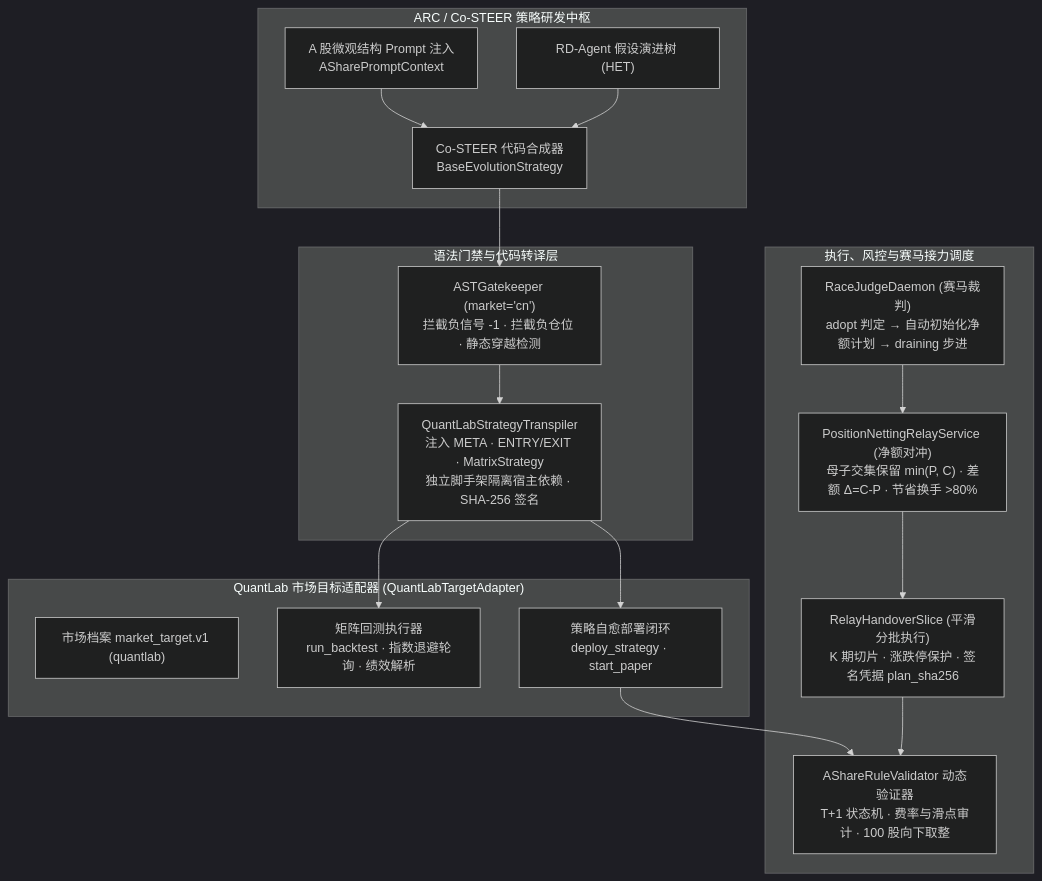
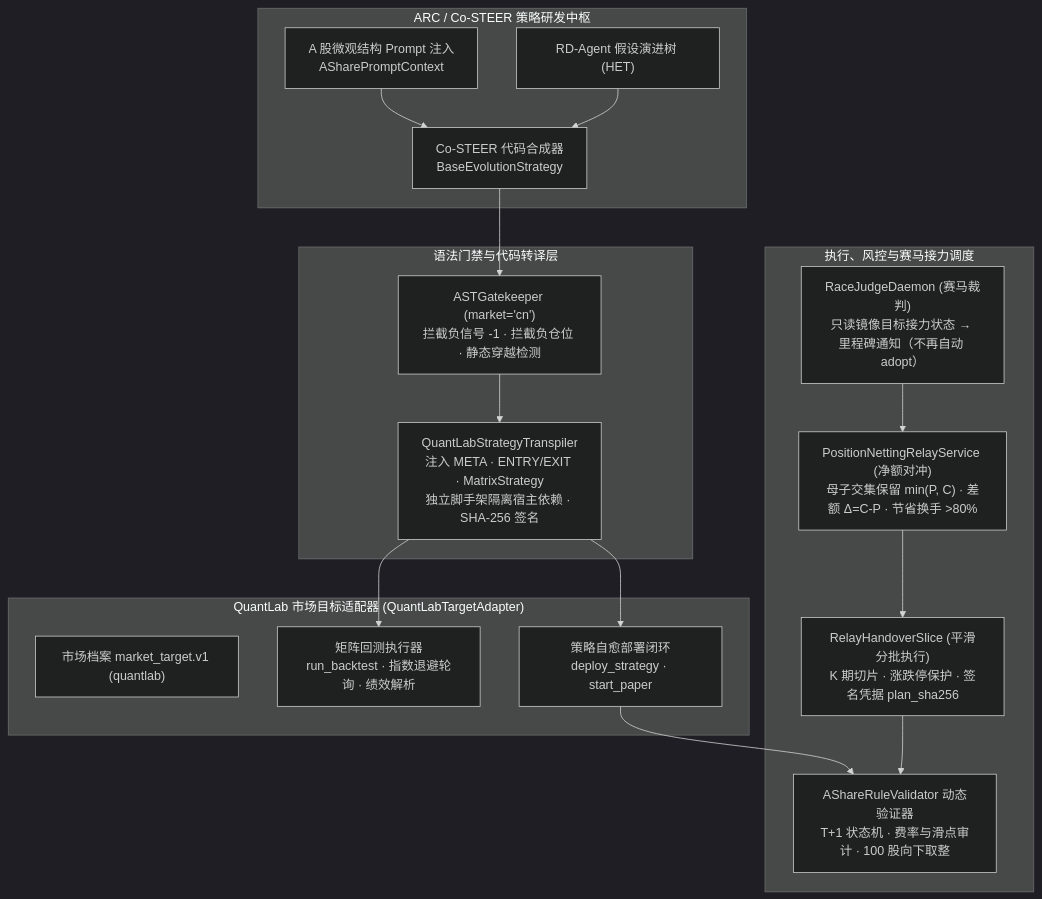
One commit to Shadowell/HyperTrade changed the diagram in docs/architecture/66-quantlab-adapter-a-share-microstructure-and-relay-handover.md. Above: the diagram before and after it, drawn with Mermaid (dark theme). The commit also changed other lines of this file and 6 other files, not shown here.

First line of the commit message:
fix(race-judge): mirror BitPro relays read-only and drop fabricated netting plan

````diff
--- a/docs/architecture/66-quantlab-adapter-a-share-microstructure-and-relay-handover.md
+++ b/docs/architecture/66-quantlab-adapter-a-share-microstructure-and-relay-handover.md
@@ -26,34 +26,34 @@
 ```mermaid
 flowchart TB
   subgraph ResearchCore["ARC / Co-STEER 策略研发中枢"]
     HET["RD-Agent 假设演进树 (HET)"]
     PromptContext["A 股微观结构 Prompt 注入<br/>ASharePromptContext"]
     Synthesizer["Co-STEER 代码合成器<br/>BaseEvolutionStrategy"]
     PromptContext --> Synthesizer
     HET --> Synthesizer
   end
 
   subgraph ASTAndTranspiler["语法门禁与代码转译层"]
     ASTGate["ASTGatekeeper (market='cn')<br/>拦截负信号 -1 · 拦截负仓位 · 静态穿越检测"]
     Transpiler["QuantLabStrategyTranspiler<br/>注入 META · ENTRY/EXIT · MatrixStrategy<br/>独立脚手架隔离宿主依赖 · SHA-256 签名"]
     Synthesizer --> ASTGate --> Transpiler
   end
 
   subgraph TargetLayer["QuantLab 市场目标适配器 (QuantLabTargetAdapter)"]
     AdapterRegistry["市场档案 market_target.v1 (quantlab)"]
     BacktestRunner["矩阵回测执行器<br/>run_backtest · 指数退避轮询 · 绩效解析"]
     Deployer["策略自愈部署闭环<br/>deploy_strategy · start_paper"]
     Transpiler --> BacktestRunner
     Transpiler --> Deployer
   end
 
   subgraph ExecutionAndRelay["执行、风控与赛马接力调度"]
     RuleValidator["AShareRuleValidator 动态验证器<br/>T+1 状态机 · 费率与滑点审计 · 100 股向下取整"]
     NettingService["PositionNettingRelayService (净额对冲)<br/>母子交集保留 min(P, C) · 差额 Δ=C-P · 节省换手 >80%"]
     RelaySlicer["RelayHandoverSlice (平滑分批执行)<br/>K 期切片 · 涨跌停保护 · 签名凭据 plan_sha256"]
-    RaceJudge["RaceJudgeDaemon (赛马裁判)<br/>adopt 判定 → 自动初始化净额计划 → draining 步进"]
+    RaceJudge["RaceJudgeDaemon (赛马裁判)<br/>只读镜像目标接力状态 → 里程碑通知（不再自动 adopt）"]
     
     Deployer --> RuleValidator
     RaceJudge --> NettingService --> RelaySlicer --> RuleValidator
   end
 ```
````
